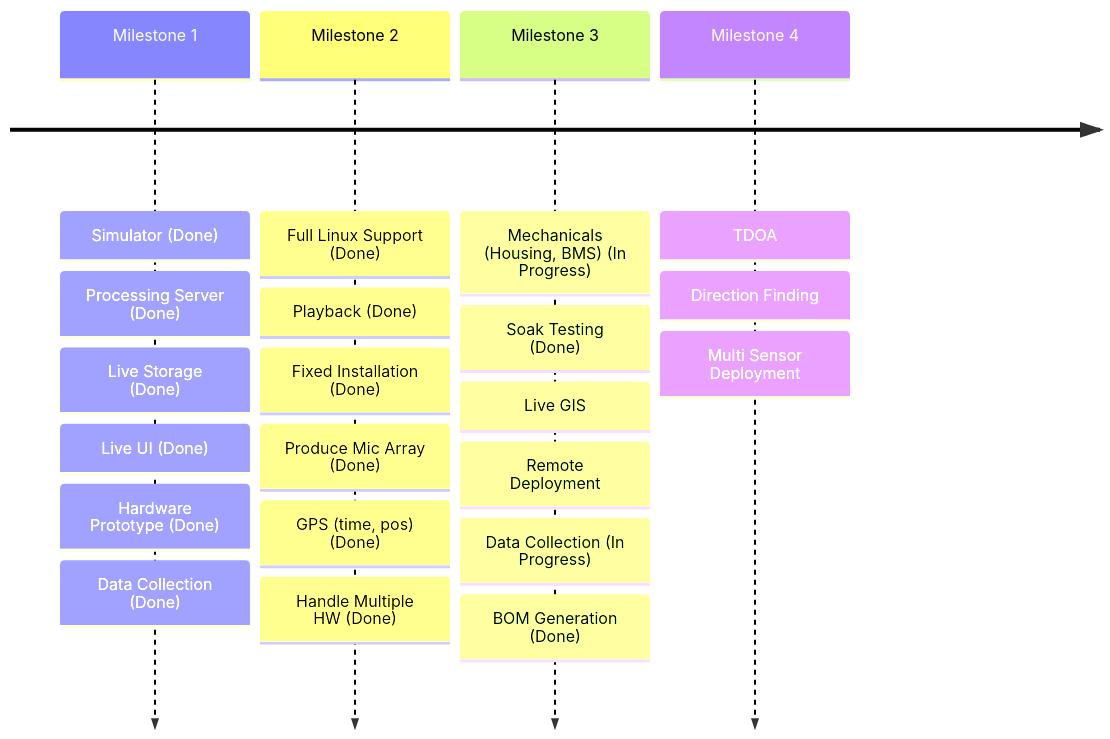
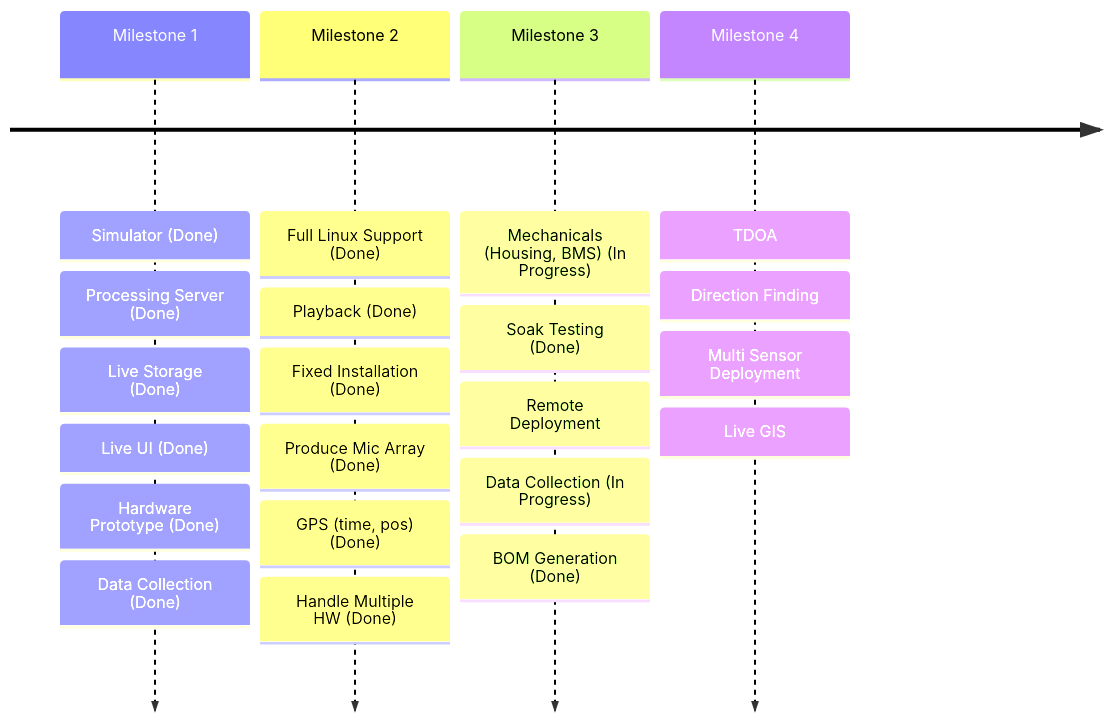
Before and after one commit to Sense-Scape/.github: the second of 2 diagrams in profile/README.md, drawn with Mermaid.

````diff
--- a/profile/README.md
+++ b/profile/README.md
@@ -50,9 +50,9 @@
 ``` mermaid
 
 timeline
     Milestone 1 : Simulator (Done) : Processing Server (Done) : Live Storage (Done) : Live UI (Done) : Hardware Prototype (Done) : Data Collection (Done)
     Milestone 2 : Full Linux Support (Done) : Playback (Done) : Fixed Installation (Done) : Produce Mic Array (Done)  : GPS (time, pos) (Done) : Handle Multiple HW (Done)
-    Milestone 3 : Mechanicals (Housing, BMS) (In Progress) : Soak Testing (Done) : Live GIS : Remote Deployment : Data Collection (In Progress) : BOM Generation (Done)
-    Milestone 4 : TDOA : Direction Finding : Multi Sensor Deployment
+    Milestone 3 : Mechanicals (Housing, BMS) (In Progress) : Soak Testing (Done) : Remote Deployment : Data Collection (In Progress) : BOM Generation (Done)
+    Milestone 4 : TDOA : Direction Finding : Multi Sensor Deployment : Live GIS
 
 ```
````
